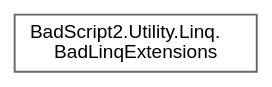
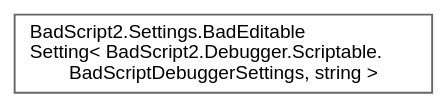
Before and after one commit to ByteChkR/BadScript2: the diagram in docs/reference/inherit_graph_136.dot, drawn with Graphviz. The commit also changed 1399 other files, not shown here.

```diff
--- a/docs/reference/inherit_graph_136.dot
+++ b/docs/reference/inherit_graph_136.dot
@@ -1,9 +1,9 @@
 digraph "Graphical Class Hierarchy"
 {
  // LATEX_PDF_SIZE
   bgcolor="transparent";
   edge [fontname=Helvetica,fontsize=10,labelfontname=Helvetica,labelfontsize=10];
   node [fontname=Helvetica,fontsize=10,shape=box,height=0.2,width=0.4];
   rankdir="LR";
-  Node0 [id="Node000000",label="BadScript2.Utility.Linq.\lBadLinqExtensions",height=0.2,width=0.4,color="grey40", fillcolor="white", style="filled",URL="$class_bad_script2_1_1_utility_1_1_linq_1_1_bad_linq_extensions.html",tooltip=" "];
+  Node0 [id="Node000000",label="BadScript2.Settings.BadEditable\lSetting\< BadScript2.Debugger.Scriptable.\lBadScriptDebuggerSettings, string \>",height=0.2,width=0.4,color="grey40", fillcolor="white", style="filled",URL="$class_bad_script2_1_1_settings_1_1_bad_editable_setting.html",tooltip=" "];
 }
```
